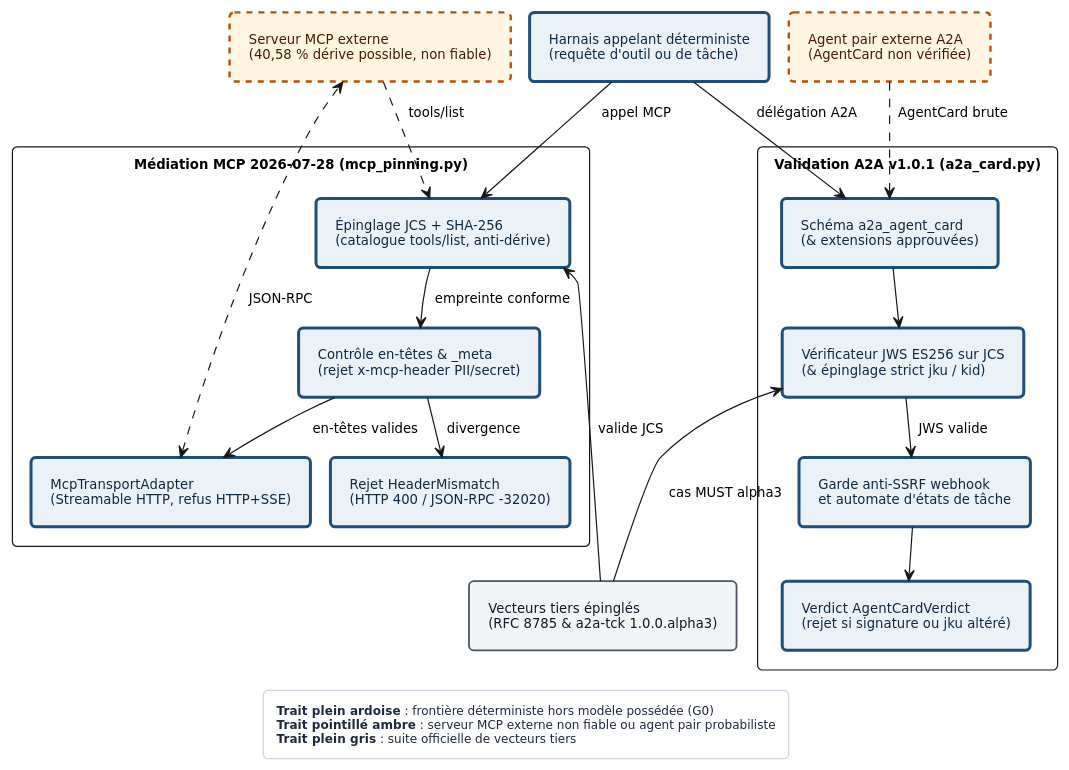
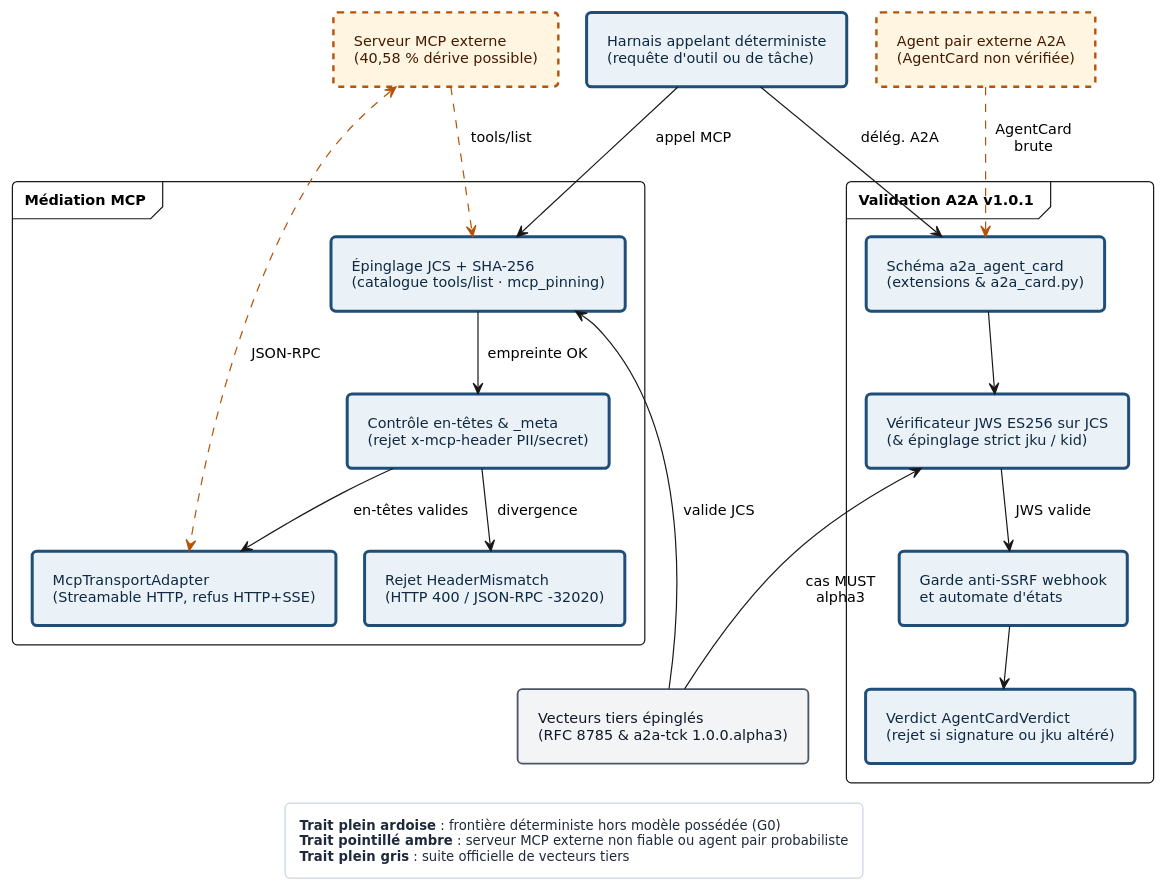
Before and after one commit to agbruneau/Agentique: the diagram in 8 - Manuel/diagrammes/Fig-02.puml, drawn with PlantUML. The commit also changed 42 other files, not shown here.

```diff
--- a/8 - Manuel/diagrammes/Fig-02.puml
+++ b/8 - Manuel/diagrammes/Fig-02.puml
@@ -1,96 +1,97 @@
 @startuml
 <style>
 document {
   BackgroundColor #FFFFFF
 }
 .det {
   BackgroundColor #EBF2F7
   LineColor #1E4E79
   LineThickness 2.5
   FontColor #0F2942
 }
 .prob {
   BackgroundColor #FFF5E0
   LineColor #B45309
   LineThickness 2.0
   LineStyle 5
   FontColor #451A03
 }
 .ext {
   BackgroundColor #F3F4F6
   LineColor #4B5563
   LineThickness 1.5
   FontColor #111827
 }
 package {
   BackgroundColor #F8FAFC
   LineColor #64748B
   LineThickness 1.2
   FontColor #334155
 }
 legend {
   BackgroundColor #FFFFFF
   LineColor #CBD5E1
   FontColor #1E293B
-  FontSize 10
+  FontSize 11
 }
 </style>
 hide stereotype
 top to bottom direction
 skinparam defaultFontName "DejaVu Sans"
-skinparam defaultFontSize 11
+skinparam defaultFontSize 12
 skinparam shadowing false
 skinparam roundcorner 8
-skinparam packageStyle rectangle
-skinparam nodesep 16
-skinparam ranksep 24
-skinparam padding 6
+skinparam packageStyle frame
+skinparam nodesep 24
+skinparam ranksep 40
+skinparam padding 7
 
-rectangle "Serveur MCP externe\n(40,58 % dérive possible, non fiable)" as SRV_MCP <<prob>>
+rectangle "Serveur MCP externe\n(40,58 % dérive possible)" as SRV_MCP <<prob>>
 rectangle "Harnais appelant déterministe\n(requête d'outil ou de tâche)" as HARN <<det>>
 rectangle "Agent pair externe A2A\n(AgentCard non vérifiée)" as PEER_A2A <<prob>>
 
-package "Médiation MCP 2026-07-28 (mcp_pinning.py)" {
-  rectangle "Épinglage JCS + SHA-256\n(catalogue tools/list, anti-dérive)" as JCS_MCP <<det>>
+package "Médiation MCP" {
+  rectangle "Épinglage JCS + SHA-256\n(catalogue tools/list · mcp_pinning)" as JCS_MCP <<det>>
   rectangle "Contrôle en-têtes & _meta\n(rejet x-mcp-header PII/secret)" as HDR <<det>>
   rectangle "McpTransportAdapter\n(Streamable HTTP, refus HTTP+SSE)" as ADP_MCP <<det>>
   rectangle "Rejet HeaderMismatch\n(HTTP 400 / JSON-RPC -32020)" as ERR_MCP <<det>>
 }
 
-package "Validation A2A v1.0.1 (a2a_card.py)" {
-  rectangle "Schéma a2a_agent_card\n(& extensions approuvées)" as SCH_A2A <<det>>
+package "Validation A2A v1.0.1" {
+  rectangle "Schéma a2a_agent_card\n(extensions & a2a_card.py)" as SCH_A2A <<det>>
   rectangle "Vérificateur JWS ES256 sur JCS\n(& épinglage strict jku / kid)" as JWS_A2A <<det>>
-  rectangle "Garde anti-SSRF webhook\net automate d'états de tâche" as SSRF <<det>>
+  rectangle "Garde anti-SSRF webhook\net automate d'états" as SSRF <<det>>
   rectangle "Verdict AgentCardVerdict\n(rejet si signature ou jku altéré)" as VER_A2A <<det>>
 }
 
 rectangle "Vecteurs tiers épinglés\n(RFC 8785 & a2a-tck 1.0.0.alpha3)" as TCK <<ext>>
 
-SRV_MCP ..> JCS_MCP : tools/list
+SRV_MCP .[#B45309].> JCS_MCP : tools/list
 HARN --> JCS_MCP : appel MCP
-JCS_MCP --> HDR : empreinte conforme
+JCS_MCP --> HDR : empreinte OK
 HDR --> ADP_MCP : en-têtes valides
 HDR --> ERR_MCP : divergence
-ADP_MCP <..> SRV_MCP : JSON-RPC
+ADP_MCP <.left[#B45309].> SRV_MCP : JSON-RPC
 
-HARN --> SCH_A2A : délégation A2A
-PEER_A2A ..> SCH_A2A : AgentCard brute
+HARN --> SCH_A2A : délég. A2A
+PEER_A2A .[#B45309].> SCH_A2A : AgentCard\nbrute
 SCH_A2A --> JWS_A2A
 JWS_A2A --> SSRF : JWS valide
 SSRF --> VER_A2A
 
 TCK --> JCS_MCP : valide JCS
-TCK --> JWS_A2A : cas MUST alpha3
+TCK --> JWS_A2A : cas MUST\nalpha3
 
 SRV_MCP -[hidden]right-> HARN
 HARN -[hidden]right-> PEER_A2A
 JCS_MCP -[hidden]right-> SCH_A2A
+ADP_MCP -[hidden]right-> ERR_MCP
 ERR_MCP -[hidden]down-> TCK
 VER_A2A -[hidden]down-> TCK
 
 legend bottom
   **Trait plein ardoise** : frontière déterministe hors modèle possédée (G0)
   **Trait pointillé ambre** : serveur MCP externe non fiable ou agent pair probabiliste
   **Trait plein gris** : suite officielle de vecteurs tiers
 end legend
 @enduml
```
